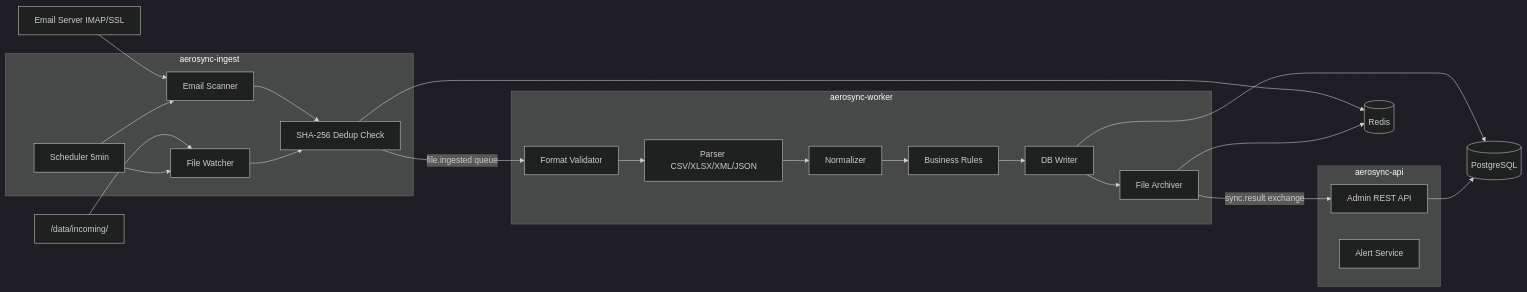
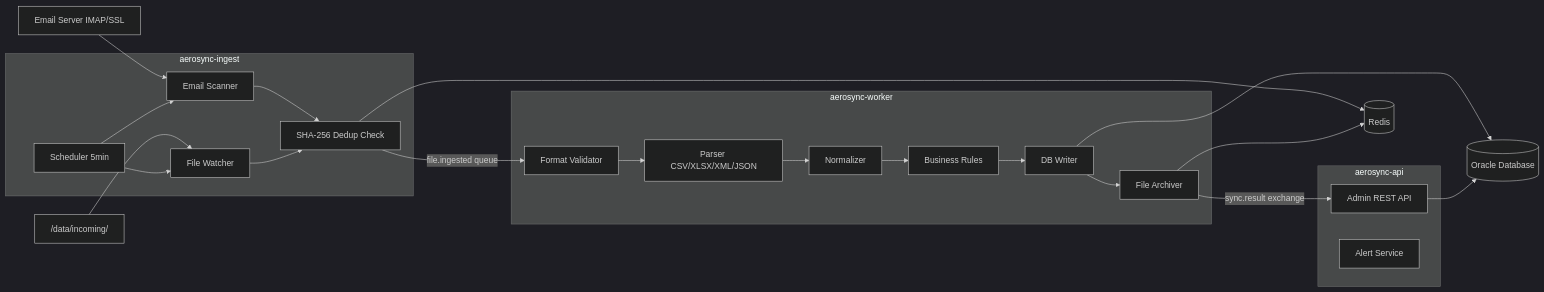
One commit to pactrifmilo2/VATM-AeroSync changed the diagram in MODULE-PLANS.md. Above: the diagram before and after it, drawn with Mermaid (dark theme). The commit also changed other lines of this file and 87 other files, not shown here.

````diff
--- a/MODULE-PLANS.md
+++ b/MODULE-PLANS.md
@@ -34,40 +34,40 @@
 ```mermaid
 flowchart LR
   EmailServer[Email Server IMAP/SSL]
   FileSystem["/data/incoming/"]
 
   subgraph ingest [aerosync-ingest]
     Scheduler[Scheduler 5min]
     EmailScanner[Email Scanner]
     FileWatcher[File Watcher]
     Dedup[SHA-256 Dedup Check]
   end
 
   subgraph worker [aerosync-worker]
     FormatValidator[Format Validator]
     Parser[Parser CSV/XLSX/XML/JSON]
     Normalizer[Normalizer]
     BizRules[Business Rules]
     DBWriter[DB Writer]
     Archiver[File Archiver]
   end
 
   subgraph api [aerosync-api]
     AdminAPI[Admin REST API]
     Alerts[Alert Service]
   end
 
   EmailServer --> EmailScanner
   FileSystem --> FileWatcher
   Scheduler --> EmailScanner
   Scheduler --> FileWatcher
   EmailScanner --> Dedup
   FileWatcher --> Dedup
   Dedup -->|"file.ingested queue"| FormatValidator
   FormatValidator --> Parser --> Normalizer --> BizRules --> DBWriter --> Archiver
   Archiver -->|"sync.result exchange"| AdminAPI
-  DBWriter --> PostgreSQL[(PostgreSQL)]
+  DBWriter --> Oracle[(Oracle Database)]
   Dedup --> Redis[(Redis)]
   Archiver --> Redis
-  AdminAPI --> PostgreSQL
+  AdminAPI --> Oracle
 ```
````
